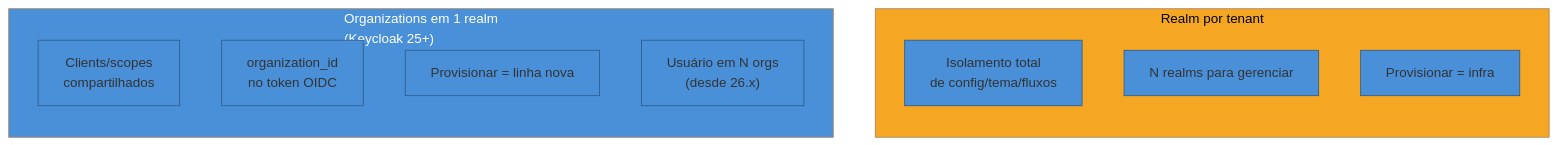
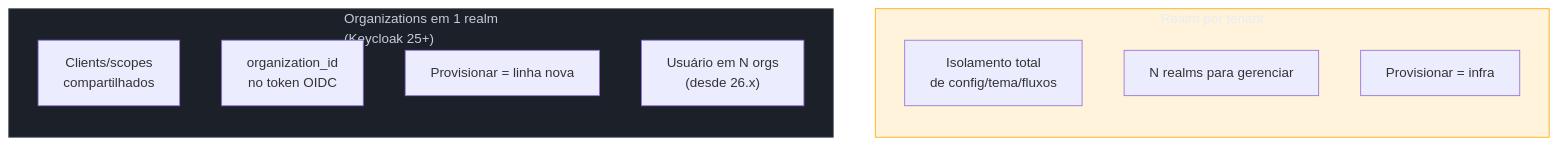
The fifth of 6 diagrams in 03-Dominios/Engenharia/Auth e Identidade/3 - Autorização e multi-tenancy/03 - Multi-tenancy e organizações.md (josenaldo/codex-technomanticus), drawn with Mermaid before and after one commit. The commit also changed other lines of this file and 1181 other files, not shown here.

First line of the commit message:
fix(diagramas): paleta do sistema no lugar de cor cravada no markdown

````diff
--- a/03-Dominios/Engenharia/Auth e Identidade/3 - Autorização e multi-tenancy/03 - Multi-tenancy e organizações.md
+++ b/03-Dominios/Engenharia/Auth e Identidade/3 - Autorização e multi-tenancy/03 - Multi-tenancy e organizações.md
@@ -194,20 +193,21 @@
 ```mermaid
-%%{init: {"theme": "base", "themeVariables": {"primaryColor": "#4A90D9", "primaryBorderColor": "#2E5C8A", "lineColor": "#4A90D9"}}}%%
 graph TD
+    classDef destaque fill:#FFAA0024,stroke:#FFAA00,color:#E9ECF2
+    classDef neutro fill:#1B2029,stroke:#4E5666,color:#C6CCD8
     subgraph RPT["Realm por tenant"]
         direction TB
         RP1["Isolamento total<br/>de config/tema/fluxos"]
         RP2["N realms para gerenciar"]
         RP3["Provisionar = infra"]
     end
     subgraph Org["Organizations em 1 realm<br/>(Keycloak 25+)"]
         direction TB
         O1["Clients/scopes<br/>compartilhados"]
         O2["organization_id<br/>no token OIDC"]
         O3["Provisionar = linha nova"]
         O4["Usuário em N orgs<br/>(desde 26.x)"]
     end
 
-    style RPT fill:#F5A623,color:#000
-    style Org fill:#4A90D9,color:#fff
+    class RPT destaque
+    class Org neutro
 ```
````
